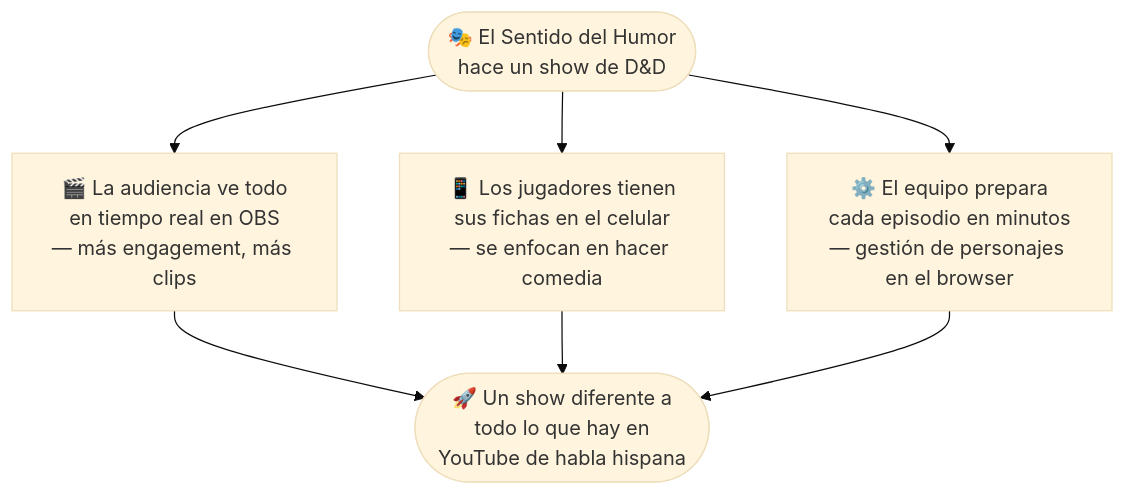
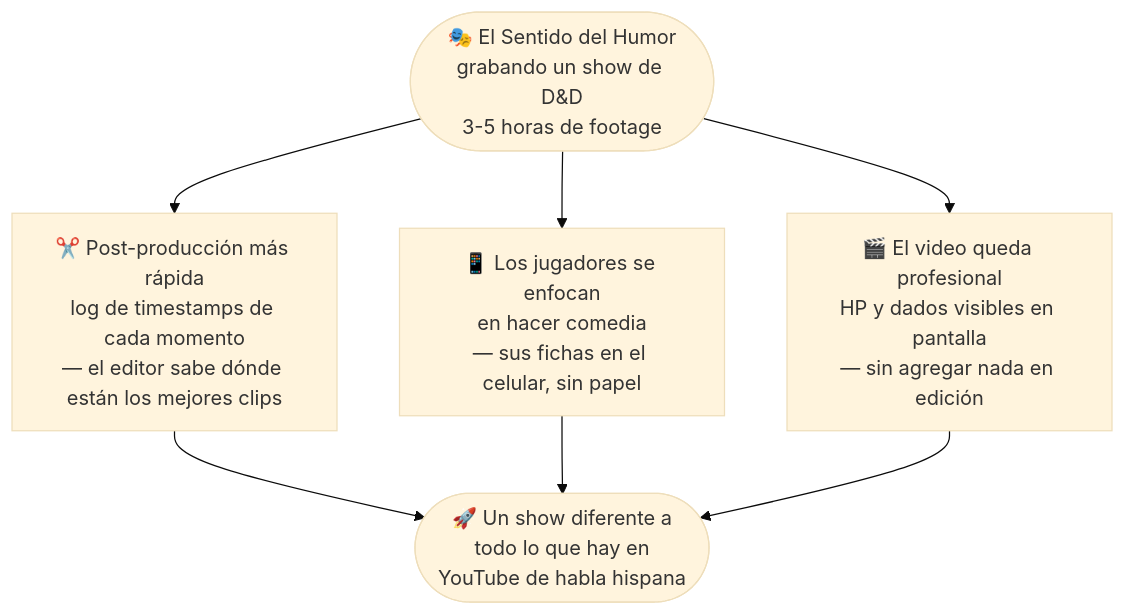
Before and after one commit to s0lci700/OVERLAYS: diagram 12 of 12 in demo-pitch-docs/workflow-stakeholders.md, drawn with Mermaid (base theme). The commit also changed other lines of this file and 2 other files, not shown here.

Commit message:
Reframe docs: recorded show primary use case, timestamp post-production benefit, demo data caveat

````diff
--- a/demo-pitch-docs/workflow-stakeholders.md
+++ b/demo-pitch-docs/workflow-stakeholders.md
@@ -315,14 +352,14 @@
 ```mermaid
 flowchart TD
-    A(["🎭 El Sentido del Humor\nhace un show de D&D"]) --> B1
+    A(["🎭 El Sentido del Humor\ngrabando un show de D&D\n3-5 horas de footage"]) --> B1
     A --> B2
     A --> B3
 
-    B1["🎬 La audiencia ve todo\nen tiempo real en OBS\n— más engagement, más clips"]
-    B2["📱 Los jugadores tienen\nsus fichas en el celular\n— se enfocan en hacer comedia"]
-    B3["⚙️ El equipo prepara\ncada episodio en minutos\n— gestión de personajes en el browser"]
+    B1["✂️ Post-producción más rápida\nlog de timestamps de cada momento\n— el editor sabe dónde están los mejores clips"]
+    B2["📱 Los jugadores se enfocan\nen hacer comedia\n— sus fichas en el celular, sin papel"]
+    B3["🎬 El video queda profesional\nHP y dados visibles en pantalla\n— sin agregar nada en edición"]
 
     B1 --> C(["🚀 Un show diferente a\ntodo lo que hay en\nYouTube de habla hispana"])
     B2 --> C
     B3 --> C
 ```
````
